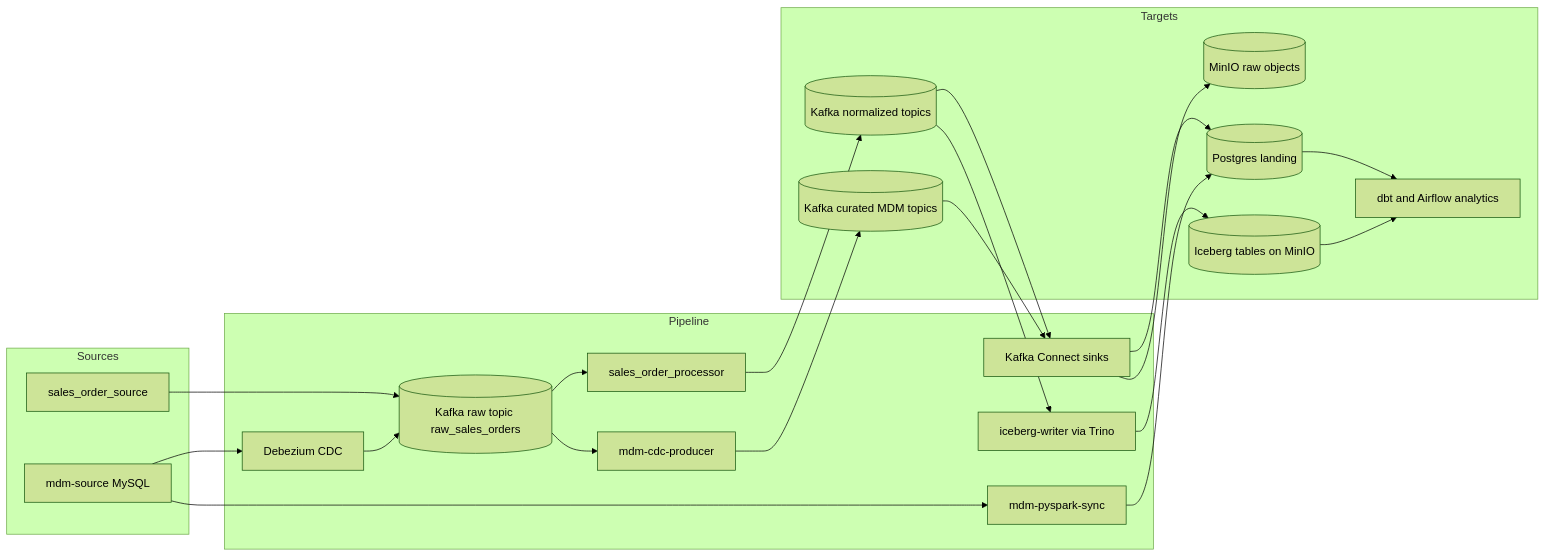
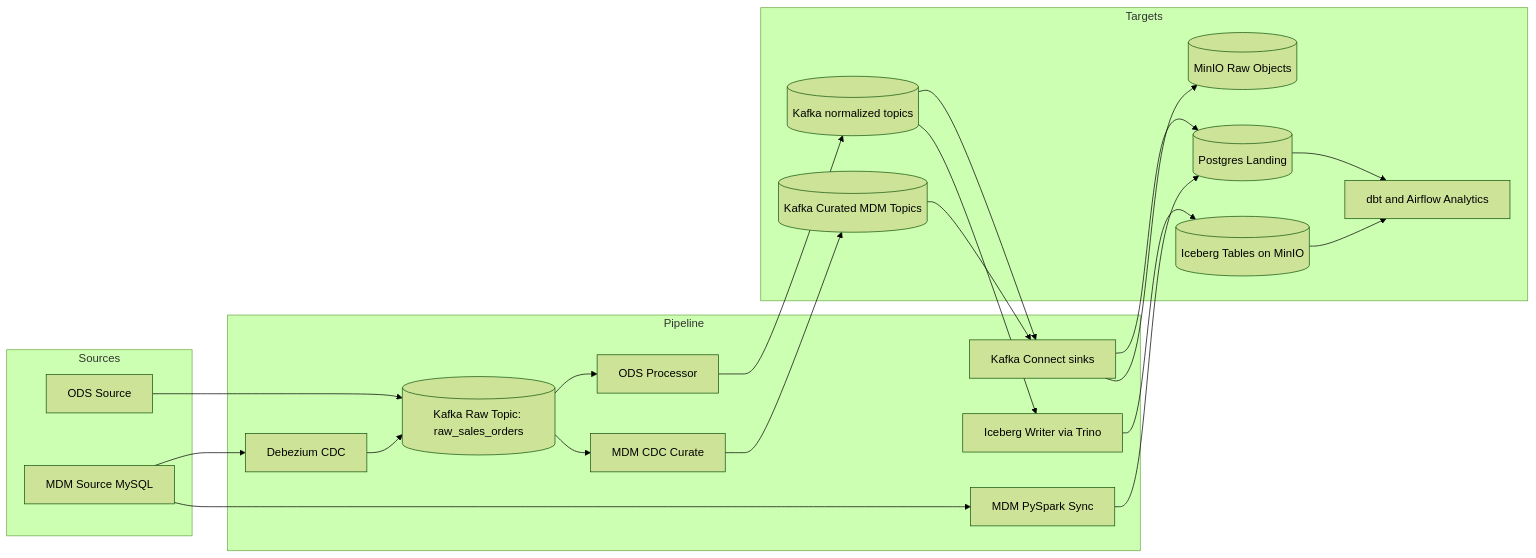
Before and after one commit to paulchen8206/Full-Stack-Modern-Data-Architecture-and-Engineering: the diagram in source-apps/readme.md, drawn with Mermaid (forest theme). The commit also changed other lines of this file and 122 other files, not shown here.

````diff
--- a/source-apps/readme.md
+++ b/source-apps/readme.md
@@ -36,46 +36,46 @@
 ```mermaid
 flowchart LR
   subgraph S[Sources]
-    APP1[sales_order_source]
-    APP2[mdm-source MySQL]
+    APP1[ODS Source]
+    APP2[MDM Source MySQL]
   end
 
   subgraph P[Pipeline]
-    K[(Kafka raw topic raw_sales_orders)]
+    K[(Kafka Raw Topic: raw_sales_orders)]
     DBZ[Debezium CDC]
-    PROC[sales_order_processor]
-    MDMCDC[mdm-cdc-producer]
-    SPARK[mdm-pyspark-sync]
+    PROC[ODS Processor]
+    MDMCDC[MDM CDC Curate]
+    SPARK[MDM PySpark Sync]
     CONNECT[Kafka Connect sinks]
-    IWR[iceberg-writer via Trino]
+    IWR[Iceberg Writer via Trino]
   end
 
   subgraph T[Targets]
     T1[(Kafka normalized topics)]
-    T2[(Kafka curated MDM topics)]
-    T3[(Postgres landing)]
-    T4[(MinIO raw objects)]
-    T5[(Iceberg tables on MinIO)]
-    T6[dbt and Airflow analytics]
+    T2[(Kafka Curated MDM Topics)]
+    T3[(Postgres Landing)]
+    T4[(MinIO Raw Objects)]
+    T5[(Iceberg Tables on MinIO)]
+    T6[dbt and Airflow Analytics]
   end
 
   APP1 --> K
   K --> PROC
   PROC --> T1
   T1 --> CONNECT
   CONNECT --> T3
   CONNECT --> T4
   T1 --> IWR
   IWR --> T5
 
   APP2 --> DBZ
   DBZ --> K
   K --> MDMCDC
   MDMCDC --> T2
   T2 --> CONNECT
   APP2 --> SPARK
   SPARK --> T3
 
   T3 --> T6
   T5 --> T6
 ```
````
